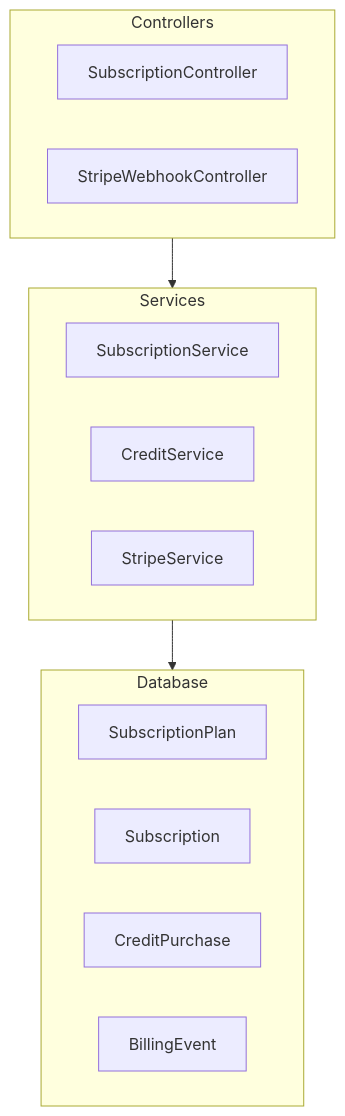
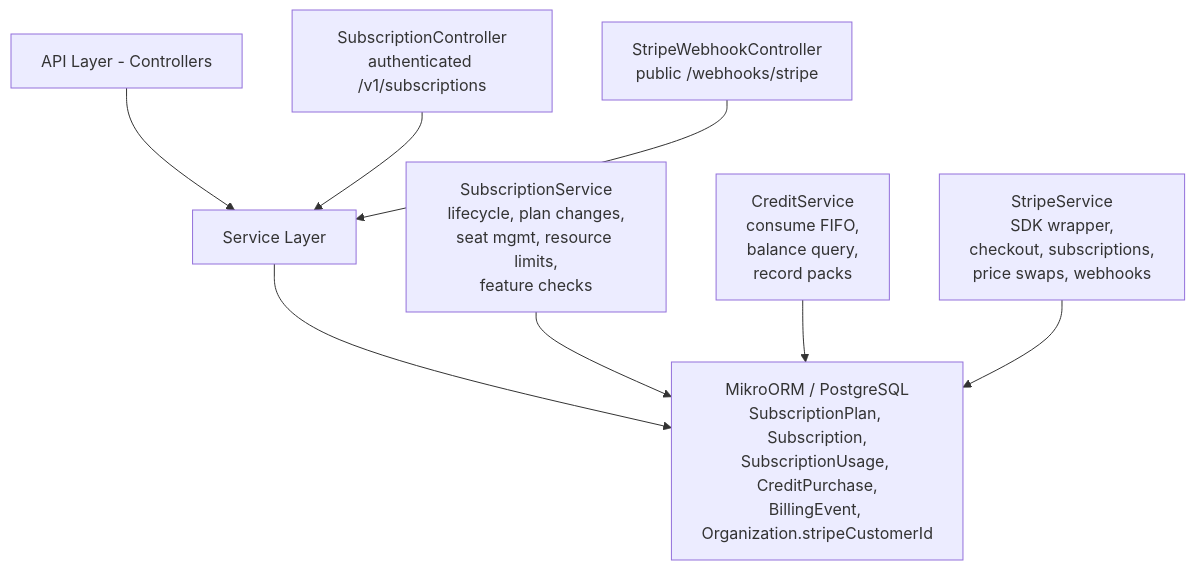
The first of 2 diagrams in backend/subscription/subscription-module-specification-active.mdx (tech-propwise-org/docs), drawn with Mermaid before and after one commit. The commit also changed other lines of this file and 61 other files, not shown here.

````diff
--- a/backend/subscription/subscription-module-specification-active.mdx
+++ b/backend/subscription/subscription-module-specification-active.mdx
@@ -71,23 +82,13 @@
 ```mermaid
-graph TB
-    A[API Layer] --> B[Service Layer]
+graph TD
+    A[API Layer - Controllers] --> B[Service Layer]
+    A1[SubscriptionController<br/>authenticated /v1/subscriptions] --> B
+    A2[StripeWebhookController<br/>public /webhooks/stripe] --> B
+    
     B --> C[Data Layer]
+    B1[SubscriptionService<br/>lifecycle, plan changes,<br/>seat mgmt, resource limits,<br/>feature checks] --> C
+    B2[CreditService<br/>consume FIFO,<br/>balance query,<br/>record packs] --> C
+    B3[StripeService<br/>SDK wrapper,<br/>checkout, subscriptions,<br/>price swaps, webhooks] --> C
     
-    subgraph A[Controllers]
-        A1[SubscriptionController]
-        A2[StripeWebhookController]
-    end
-    
-    subgraph B[Services]
-        B1[SubscriptionService]
-        B2[CreditService]
-        B3[StripeService]
-    end
-    
-    subgraph C[Database]
-        C1[SubscriptionPlan]
-        C2[Subscription]
-        C3[CreditPurchase]
-        C4[BillingEvent]
-    end
+    C[MikroORM / PostgreSQL<br/>SubscriptionPlan, Subscription,<br/>SubscriptionUsage, CreditPurchase,<br/>BillingEvent, Organization.stripeCustomerId]
 ```
````
